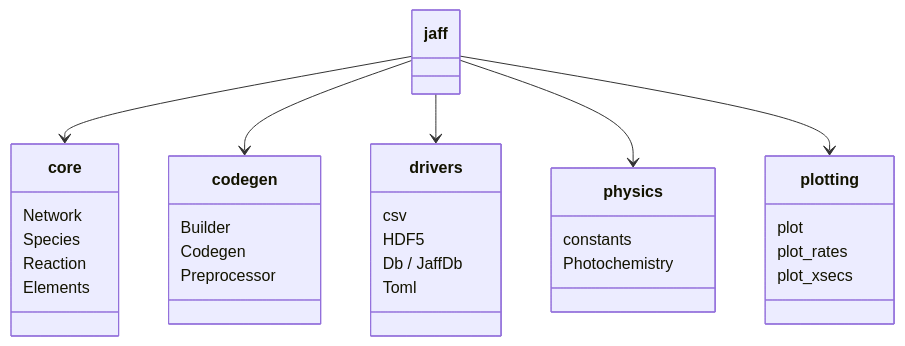
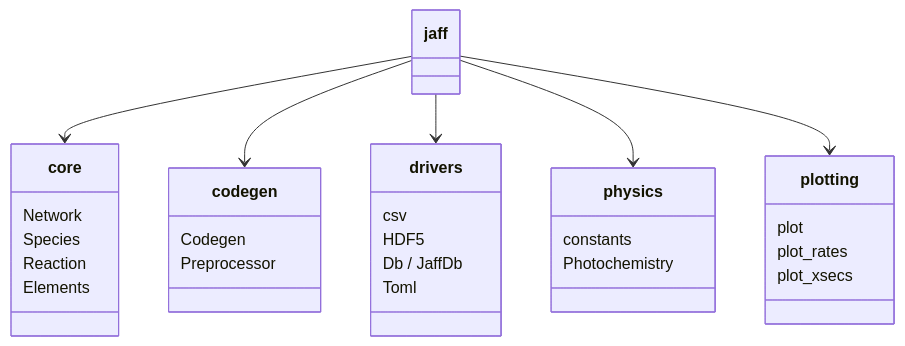
The diagram in docs/api/index.md (BenWibking/jaff), drawn with Mermaid before and after one commit. The commit also changed other lines of this file and 20 other files, not shown here.

````diff
--- a/docs/api/index.md
+++ b/docs/api/index.md
@@ -52,34 +52,33 @@
 ```mermaid
 classDiagram
     class core {
         Network
         Species
         Reaction
         Elements
     }
     class codegen {
-        Builder
         Codegen
         Preprocessor
     }
     class drivers {
         csv
         HDF5
         Db / JaffDb
         Toml
     }
     class physics {
         constants
         Photochemistry
     }
     class plotting {
         plot
         plot_rates
         plot_xsecs
     }
     jaff --> core
     jaff --> codegen
     jaff --> drivers
     jaff --> physics
     jaff --> plotting
 ```
````
